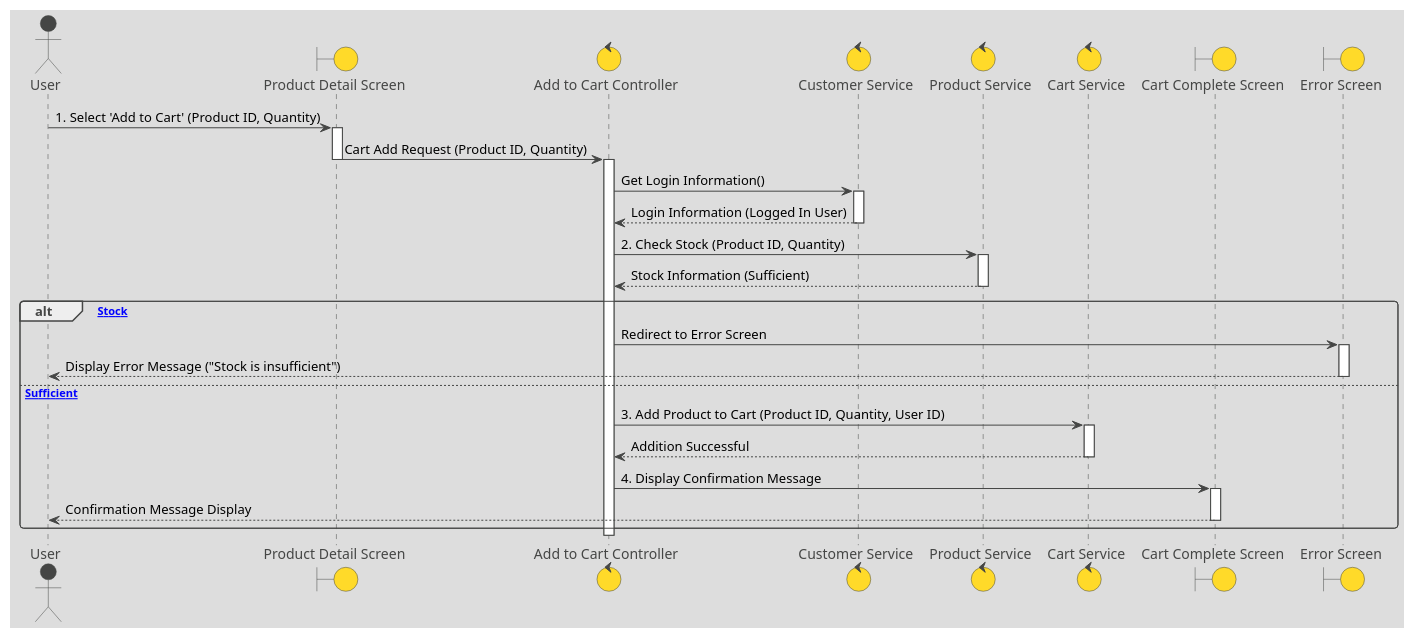
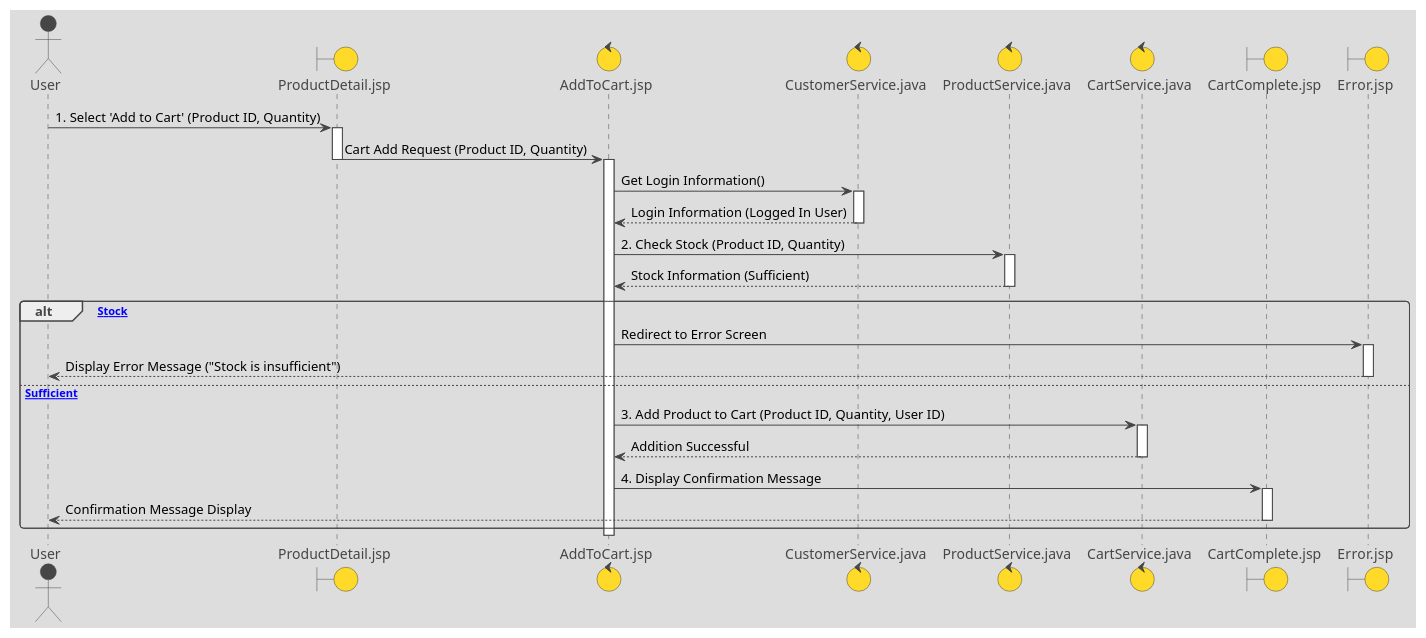
One commit to mameiku/group3-4 changed the diagram in Sequence_tuika_in.pu. Above: the diagram before and after it, drawn with PlantUML. The commit also changed 3 other files, not shown here.

```diff
--- a/Sequence_tuika_in.pu
+++ b/Sequence_tuika_in.pu
@@ -1,67 +1,67 @@
 @startuml AddToCartSequenceDiagram
 !theme toy
 
 ' ====================================================================
 ' Participant Definitions
 ' ====================================================================
 actor User
-boundary GoodsDetailJSP as "Product Detail Screen"
-control AddCartJSP as "Add to Cart Controller"
-control CustomerJava as "Customer Service"
-control GoodsJava as "Product Service"
-control CartJava as "Cart Service"
-boundary AddCartCompleteJSP as "Cart Complete Screen"
-boundary ErrorJSP as "Error Screen"
+boundary ProductDetailJSP as "ProductDetail.jsp"
+control AddToCartJSP as "AddToCart.jsp"
+control CustomerServiceJava as "CustomerService.java"
+control ProductServiceJava as "ProductService.java"
+control CartServiceJava as "CartService.java"
+boundary CartCompleteJSP as "CartComplete.jsp"
+boundary ErrorJSP as "Error.jsp"
 
 ' ====================================================================
 ' Basic Flow: User is already logged in
 ' ====================================================================
 
 ' 1. The customer specifies the quantity on the product detail screen and selects 'Add to Cart'.
-User -> GoodsDetailJSP : 1. Select 'Add to Cart' (Product ID, Quantity)
-activate GoodsDetailJSP
+User -> ProductDetailJSP : 1. Select 'Add to Cart' (Product ID, Quantity)
+activate ProductDetailJSP
 
-GoodsDetailJSP -> AddCartJSP : Cart Add Request (Product ID, Quantity)
-deactivate GoodsDetailJSP
-activate AddCartJSP
+ProductDetailJSP -> AddToCartJSP : Cart Add Request (Product ID, Quantity)
+deactivate ProductDetailJSP
+activate AddToCartJSP
 
 ' --- Login Check (Implicit, handled by Session/Customer Service) ---
 ' Note: Assuming the user is already authenticated (Pre-condition).
-AddCartJSP -> CustomerJava : Get Login Information()
-activate CustomerJava
-CustomerJava --> AddCartJSP : Login Information (Logged In User)
-deactivate CustomerJava
+AddToCartJSP -> CustomerServiceJava : Get Login Information()
+activate CustomerServiceJava
+CustomerServiceJava --> AddToCartJSP : Login Information (Logged In User)
+deactivate CustomerServiceJava
 
 ' 2. The system checks the stock information and confirms that the specified quantity can be purchased.
-AddCartJSP -> GoodsJava : 2. Check Stock (Product ID, Quantity)
-activate GoodsJava
-GoodsJava --> AddCartJSP : Stock Information (Sufficient)
-deactivate GoodsJava
+AddToCartJSP -> ProductServiceJava : 2. Check Stock (Product ID, Quantity)
+activate ProductServiceJava
+ProductServiceJava --> AddToCartJSP : Stock Information (Sufficient)
+deactivate ProductServiceJava
 
 alt [Insufficient Stock]
     ' Alternative Flow: Insufficient stock
-    AddCartJSP -> ErrorJSP : Redirect to Error Screen
+    AddToCartJSP -> ErrorJSP : Redirect to Error Screen
     activate ErrorJSP
     ErrorJSP --> User : Display Error Message ("Stock is insufficient")
     deactivate ErrorJSP
     
 else [Stock Sufficient]
     ' 3. If there is stock, the system adds the product and quantity to the cart.
-    AddCartJSP -> CartJava : 3. Add Product to Cart (Product ID, Quantity, User ID)
-    activate CartJava
-    CartJava --> AddCartJSP : Addition Successful
-    deactivate CartJava
+    AddToCartJSP -> CartServiceJava : 3. Add Product to Cart (Product ID, Quantity, User ID)
+    activate CartServiceJava
+    CartServiceJava --> AddToCartJSP : Addition Successful
+    deactivate CartServiceJava
     
     ' 4. The system displays a confirmation message "Product has been added to the cart."
-    AddCartJSP -> AddCartCompleteJSP : 4. Display Confirmation Message
-    activate AddCartCompleteJSP
+    AddToCartJSP -> CartCompleteJSP : 4. Display Confirmation Message
+    activate CartCompleteJSP
     
     ' 5. The customer can either continue shopping or navigate to the cart screen.
-    AddCartCompleteJSP --> User : Confirmation Message Display
-    deactivate AddCartCompleteJSP
+    CartCompleteJSP --> User : Confirmation Message Display
+    deactivate CartCompleteJSP
     
 end
 
-deactivate AddCartJSP
+deactivate AddToCartJSP
 
 @enduml
```
